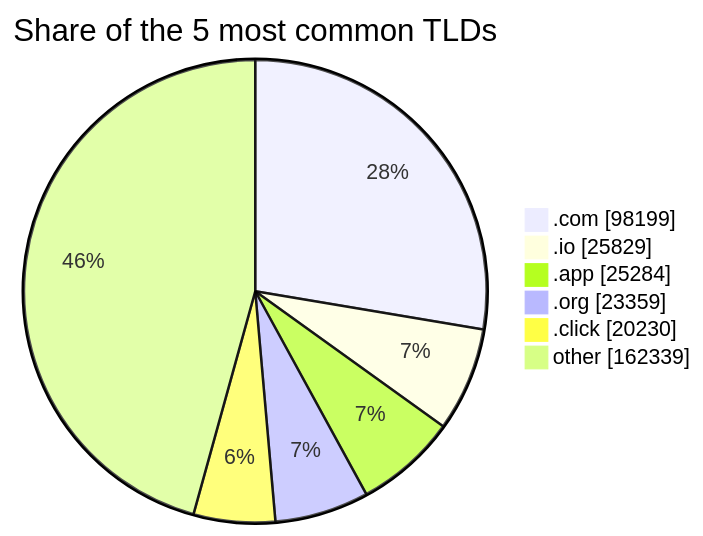
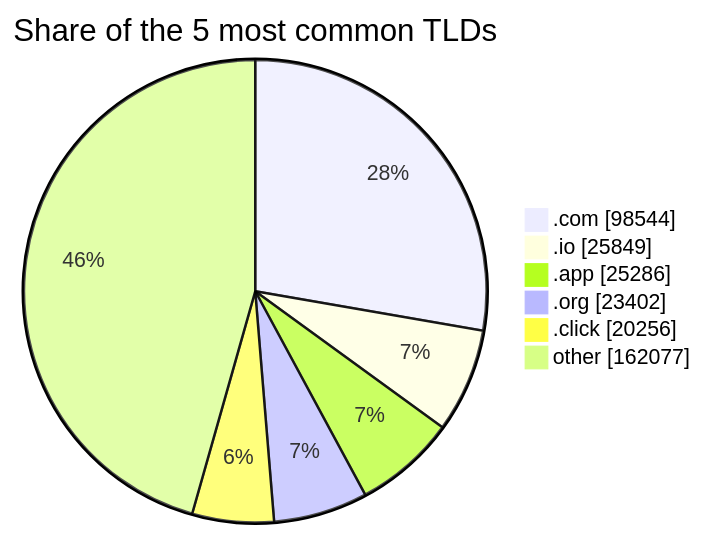
One commit to DNSBunker/CTI changed the third of 3 diagrams in README.md. Above: the diagram before and after it, drawn with Mermaid. The commit also changed other lines of this file and 3 other files, not shown here.

````diff
--- a/README.md
+++ b/README.md
@@ -81,9 +81,9 @@
 ```mermaid
 pie showData title Share of the 5 most common TLDs
-    ".com" : 98199
-    ".io" : 25829
-    ".app" : 25284
-    ".org" : 23359
-    ".click" : 20230
-    "other" : 162339
+    ".com" : 98544
+    ".io" : 25849
+    ".app" : 25286
+    ".org" : 23402
+    ".click" : 20256
+    "other" : 162077
 ```
````
